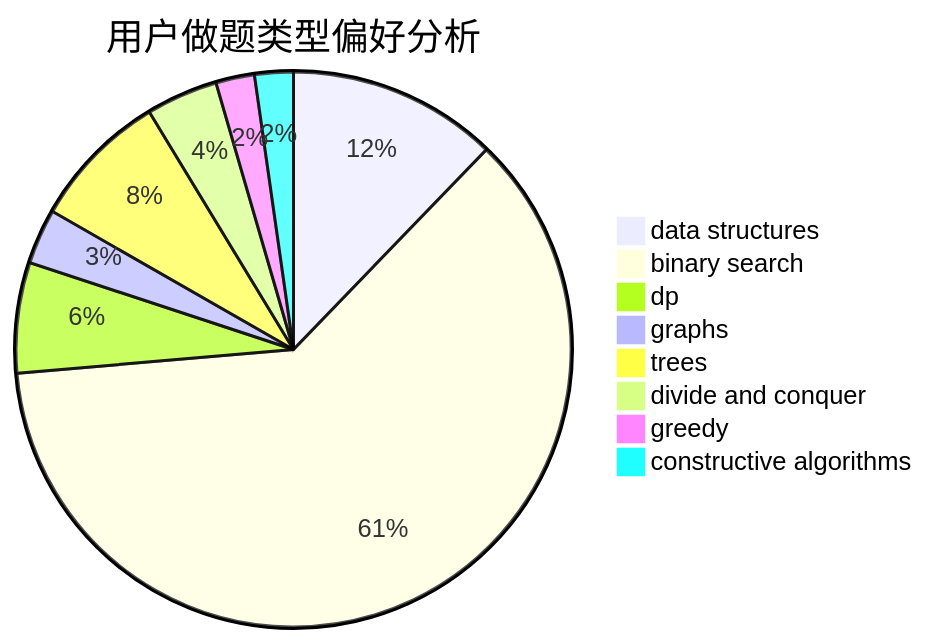
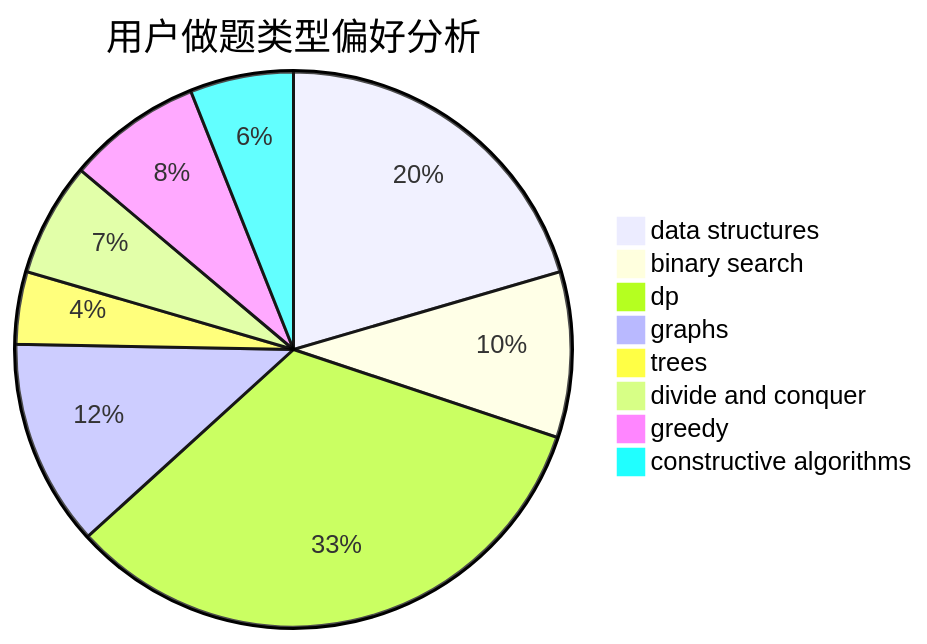
Before and after one commit to sherpahu/cfrs.github.io: the second of 3 diagrams in docs/user/u2406.md, drawn with Mermaid. The commit also changed other lines of this file and 2770 other files, not shown here.

````diff
--- a/docs/user/u2406.md
+++ b/docs/user/u2406.md
@@ -23,11 +23,11 @@
 ```mermaid
 pie title 用户做题类型偏好分析
-    "data structures" :  38
-    "binary search" :  191
-    "dp" :  20
-    "graphs" :  10
-    "trees" :  25
-    "divide and conquer" :  13
-    "greedy" :  7
-    "constructive algorithms" :  7
+    "data structures" :  34
+    "binary search" :  16
+    "dp" :  55
+    "graphs" :  20
+    "trees" :  7
+    "divide and conquer" :  11
+    "greedy" :  13
+    "constructive algorithms" :  10
 ```
````
